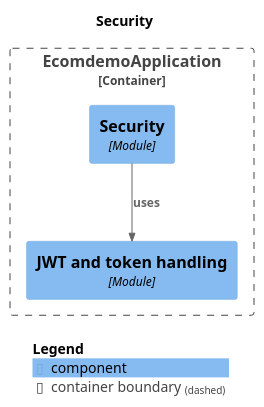
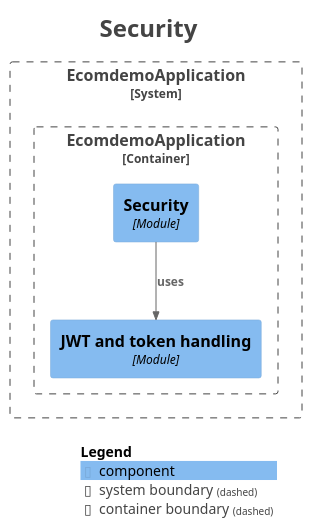
Before and after one commit to mr-sujay-patil/ecomdemo: the diagram in docs/modules/module-security.puml, drawn with PlantUML. The commit also changed 17 other files, not shown here.

```diff
--- a/docs/modules/module-security.puml
+++ b/docs/modules/module-security.puml
@@ -1,19 +1,30 @@
 @startuml
+title <size:24>Security</size>
+
 set separator none
-title Security
+top to bottom direction
 
-top to bottom direction
+<style>
+  root {
+    BackgroundColor: #ffffff
+    FontColor: #444444
+  }
+</style>
 
 !include <C4/C4>
 !include <C4/C4_Context>
 !include <C4/C4_Component>
 
-Container_Boundary("EcomdemoApplication.EcomdemoApplication_boundary", "EcomdemoApplication", $tags="") {
-  Component(EcomdemoApplication.EcomdemoApplication.Security, "Security", $techn="Module", $descr="", $tags="", $link="")
-  Component(EcomdemoApplication.EcomdemoApplication.JWTandtokenhandling, "JWT and token handling", $techn="Module", $descr="", $tags="", $link="")
+System_Boundary("EcomdemoApplication_boundary", "EcomdemoApplication", $tags="") {
+  Container_Boundary("EcomdemoApplication.EcomdemoApplication_boundary", "EcomdemoApplication", $tags="") {
+    Component(EcomdemoApplication.EcomdemoApplication.Security, "Security", $techn="Module", $descr="", $tags="", $link="")
+    Component(EcomdemoApplication.EcomdemoApplication.JWTandtokenhandling, "JWT and token handling", $techn="Module", $descr="", $tags="", $link="")
+  }
+
 }
 
 Rel(EcomdemoApplication.EcomdemoApplication.Security, EcomdemoApplication.EcomdemoApplication.JWTandtokenhandling, "uses", $techn="", $tags="", $link="")
 
 SHOW_LEGEND(true)
+hide stereotypes
 @enduml
```
